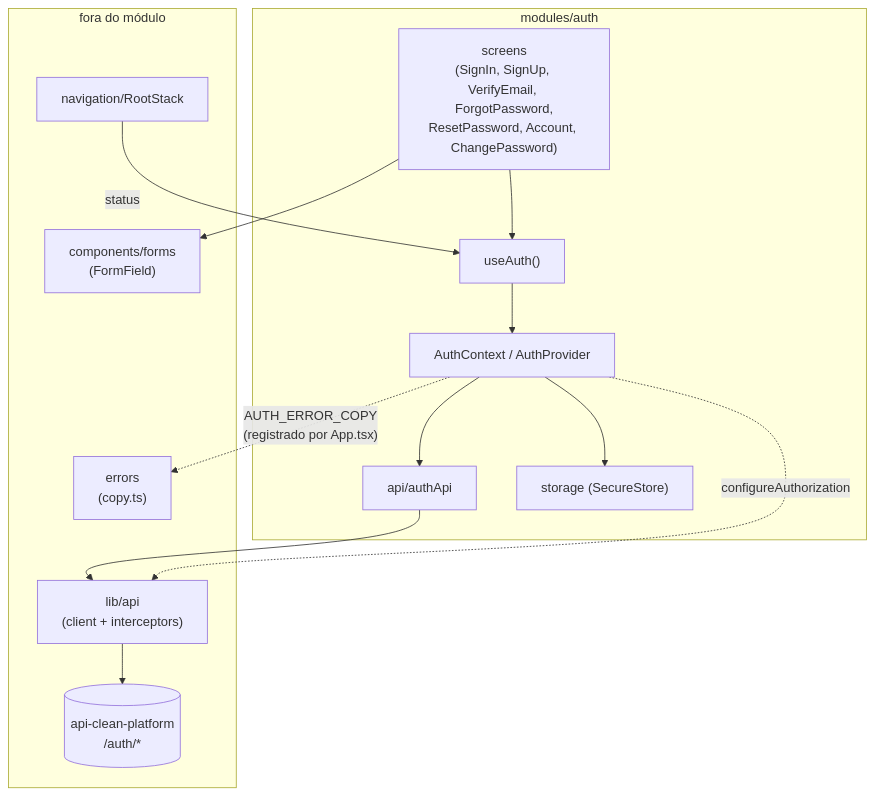
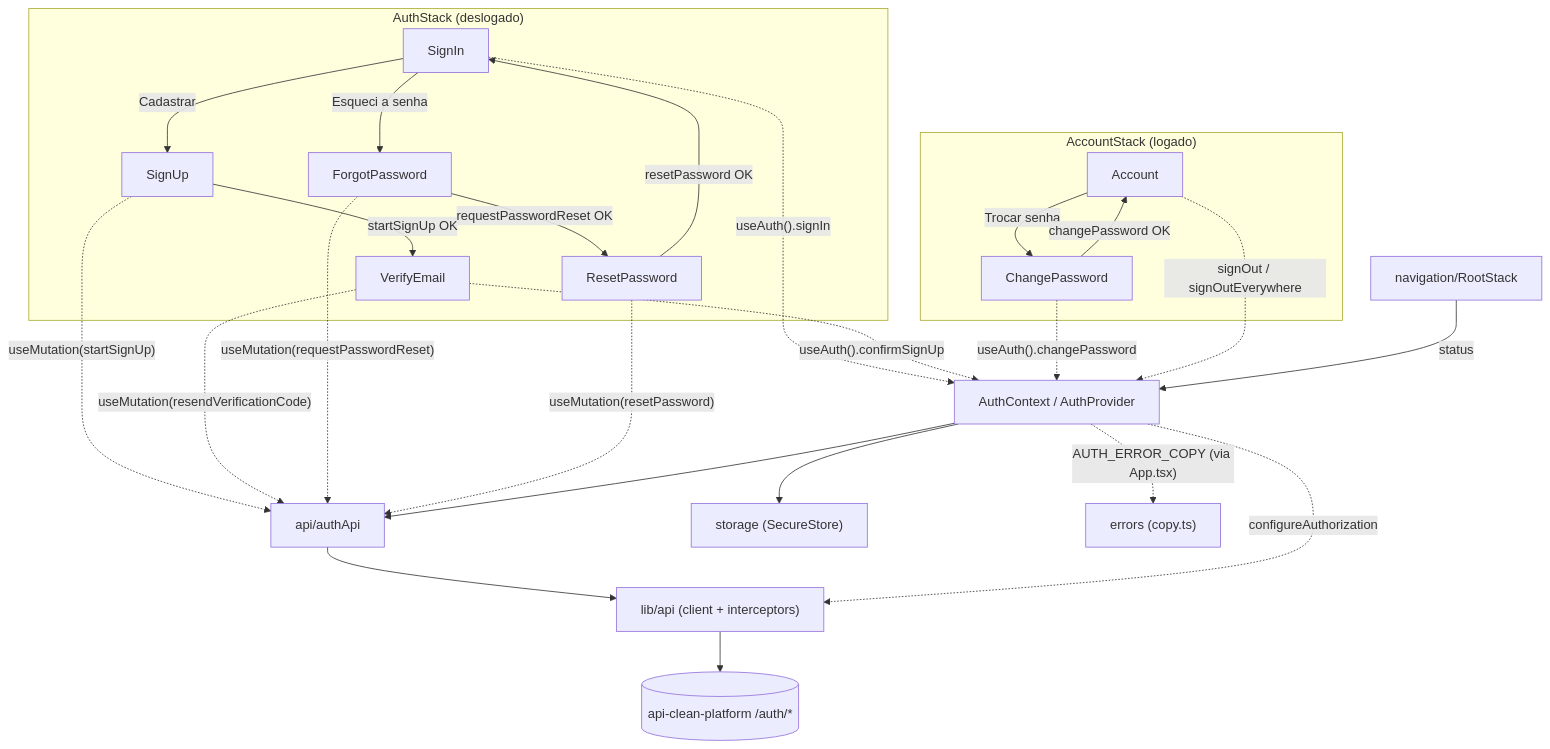
Before and after one commit to levroxlabs/native-clean-platform: the diagram in src/modules/auth/README.md, drawn with Mermaid. The commit also changed other lines of this file and 4 other files, not shown here.

First line of the commit message:
docs: document the FormErrorMessage/SubmitButton promotion

````diff
--- a/src/modules/auth/README.md
+++ b/src/modules/auth/README.md
@@ -49,28 +52,47 @@
 ```mermaid
 flowchart TD
-  subgraph Auth["modules/auth"]
-    Screens["screens<br/>(SignIn, SignUp, VerifyEmail, ForgotPassword,<br/>ResetPassword, Account, ChangePassword)"]
-    UseAuth["useAuth()"]
-    Provider["AuthContext / AuthProvider"]
-    Api["api/authApi"]
-    Storage["storage (SecureStore)"]
-
-    Screens --> UseAuth --> Provider
-    Provider --> Api
-    Provider --> Storage
+  subgraph AuthStack["AuthStack (deslogado)"]
+    SignIn["SignIn"]
+    SignUp["SignUp"]
+    VerifyEmail["VerifyEmail"]
+    ForgotPassword["ForgotPassword"]
+    ResetPassword["ResetPassword"]
   end
 
-  subgraph Outside["fora do módulo"]
-    Forms["components/forms<br/>(FormField)"]
-    LibApi["lib/api<br/>(client + interceptors)"]
-    RootStack["navigation/RootStack"]
-    ErrorsCopy["errors<br/>(copy.ts)"]
-    Backend[("api-clean-platform<br/>/auth/*")]
+  subgraph AccountStack["AccountStack (logado)"]
+    Account["Account"]
+    ChangePassword["ChangePassword"]
   end
 
-  Screens --> Forms
-  Api --> LibApi --> Backend
+  SignIn -- "Cadastrar" --> SignUp
+  SignIn -- "Esqueci a senha" --> ForgotPassword
+  SignUp -- "startSignUp OK" --> VerifyEmail
+  ForgotPassword -- "requestPasswordReset OK" --> ResetPassword
+  ResetPassword -- "resetPassword OK" --> SignIn
+
+  Account -- "Trocar senha" --> ChangePassword
+  ChangePassword -- "changePassword OK" --> Account
+
+  Provider["AuthContext / AuthProvider"]
+  Api["api/authApi"]
+  Storage["storage (SecureStore)"]
+
+  SignIn -. "useAuth().signIn" .-> Provider
+  VerifyEmail -. "useAuth().confirmSignUp" .-> Provider
+  ChangePassword -. "useAuth().changePassword" .-> Provider
+  Account -. "signOut / signOutEverywhere" .-> Provider
+
+  SignUp -. "useMutation(startSignUp)" .-> Api
+  VerifyEmail -. "useMutation(resendVerificationCode)" .-> Api
+  ForgotPassword -. "useMutation(requestPasswordReset)" .-> Api
+  ResetPassword -. "useMutation(resetPassword)" .-> Api
+
+  Provider --> Api
+  Provider --> Storage
+  Api --> LibApi["lib/api (client + interceptors)"]
+  LibApi --> Backend[("api-clean-platform /auth/*")]
+
+  RootStack["navigation/RootStack"] -- "status" --> Provider
   Provider -. "configureAuthorization" .-> LibApi
-  RootStack -- "status" --> UseAuth
-  Provider -. "AUTH_ERROR_COPY<br/>(registrado por App.tsx)" .-> ErrorsCopy
+  Provider -. "AUTH_ERROR_COPY (via App.tsx)" .-> ErrorsCopy["errors (copy.ts)"]
 ```
````
